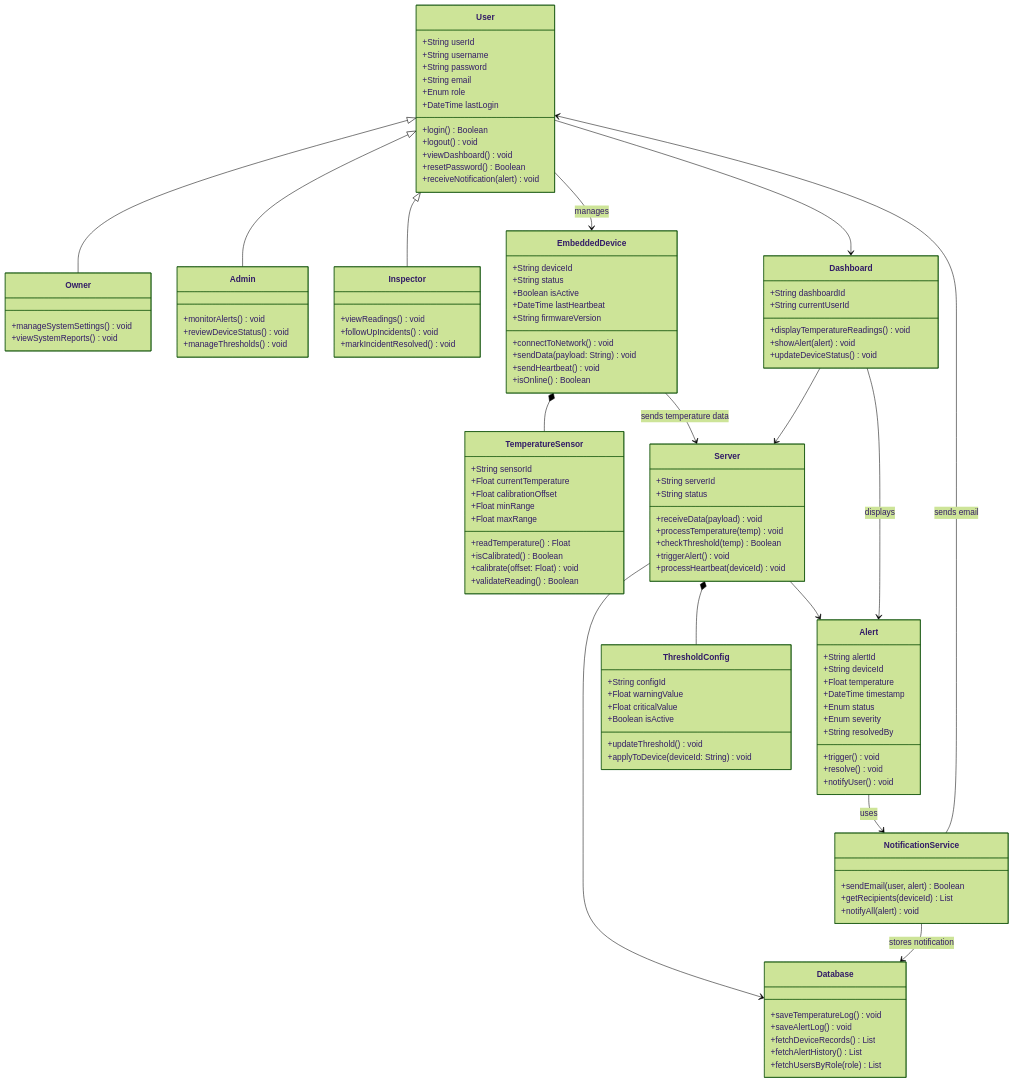
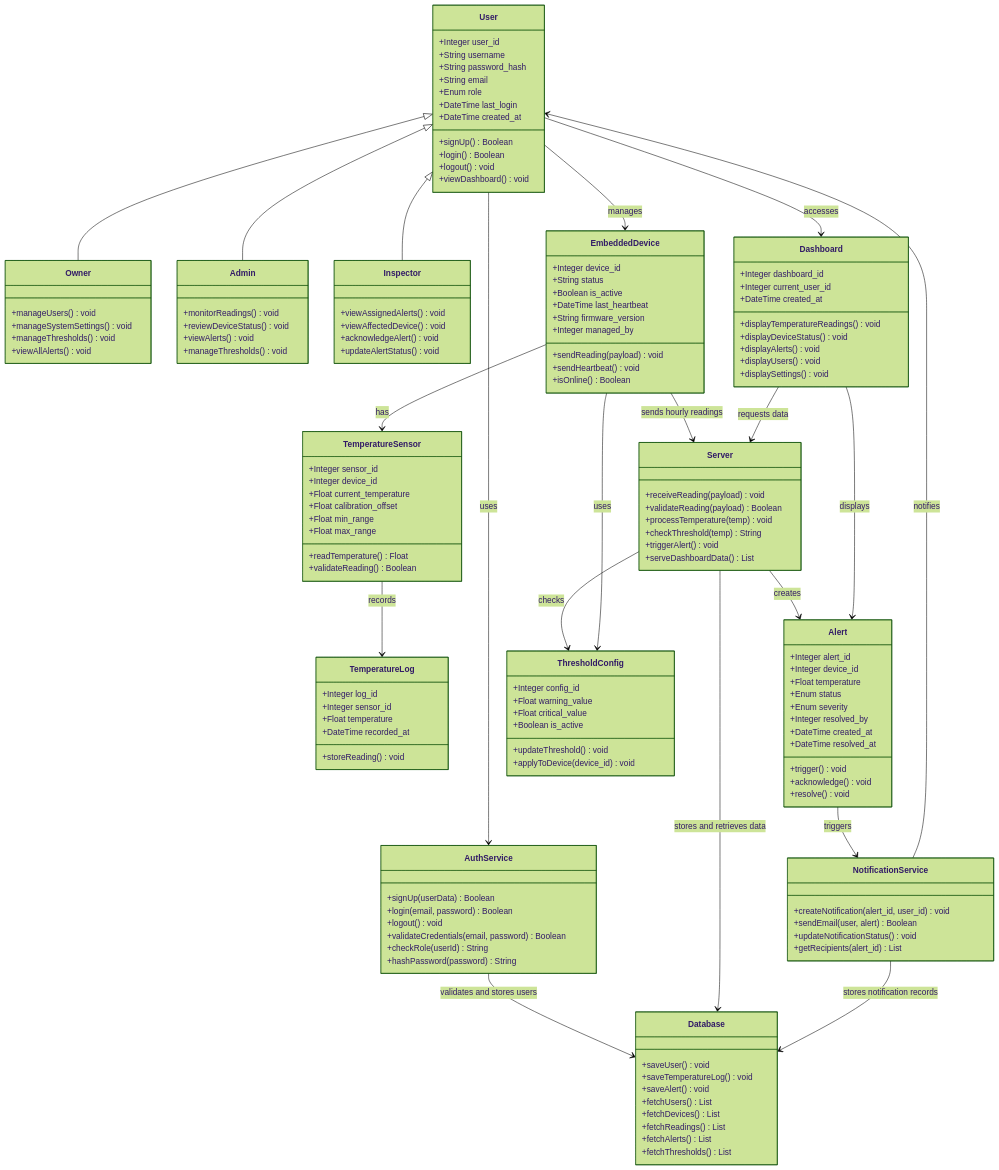
The second of 9 diagrams in Stage 3/Technical Documentation.md (rabea14180-max/Portfolio-Project), drawn with Mermaid (forest theme) before and after one commit. The commit also changed other lines of this file, not shown here.

````diff
--- a/Stage 3/Technical Documentation.md
+++ b/Stage 3/Technical Documentation.md
@@ -530,132 +620,165 @@
 ```mermaid
 classDiagram
     class User {
-        +String userId
+        +Integer user_id
         +String username
-        +String password
+        +String password_hash
         +String email
         +Enum role
-        +DateTime lastLogin
+        +DateTime last_login
+        +DateTime created_at
+        +signUp() Boolean
         +login() Boolean
         +logout() void
         +viewDashboard() void
-        +resetPassword() Boolean
-        +receiveNotification(alert) void
     }
 
     class Owner {
+        +manageUsers() void
         +manageSystemSettings() void
-        +viewSystemReports() void
+        +manageThresholds() void
+        +viewAllAlerts() void
     }
 
     class Admin {
-        +monitorAlerts() void
+        +monitorReadings() void
         +reviewDeviceStatus() void
+        +viewAlerts() void
         +manageThresholds() void
     }
 
     class Inspector {
-        +viewReadings() void
-        +followUpIncidents() void
-        +markIncidentResolved() void
+        +viewAssignedAlerts() void
+        +viewAffectedDevice() void
+        +acknowledgeAlert() void
+        +updateAlertStatus() void
+    }
+
+    class AuthService {
+        +signUp(userData) Boolean
+        +login(email, password) Boolean
+        +logout() void
+        +validateCredentials(email, password) Boolean
+        +checkRole(userId) String
+        +hashPassword(password) String
     }
 
     class EmbeddedDevice {
-        +String deviceId
+        +Integer device_id
         +String status
-        +Boolean isActive
-        +DateTime lastHeartbeat
-        +String firmwareVersion
-        +connectToNetwork() void
-        +sendData(payload: String) void
+        +Boolean is_active
+        +DateTime last_heartbeat
+        +String firmware_version
+        +Integer managed_by
+        +sendReading(payload) void
         +sendHeartbeat() void
         +isOnline() Boolean
     }
 
     class TemperatureSensor {
-        +String sensorId
-        +Float currentTemperature
-        +Float calibrationOffset
-        +Float minRange
-        +Float maxRange
+        +Integer sensor_id
+        +Integer device_id
+        +Float current_temperature
+        +Float calibration_offset
+        +Float min_range
+        +Float max_range
         +readTemperature() Float
-        +isCalibrated() Boolean
-        +calibrate(offset: Float) void
         +validateReading() Boolean
     }
 
+    class TemperatureLog {
+        +Integer log_id
+        +Integer sensor_id
+        +Float temperature
+        +DateTime recorded_at
+        +storeReading() void
+    }
+
     class Server {
-        +String serverId
-        +String status
-        +receiveData(payload) void
+        +receiveReading(payload) void
+        +validateReading(payload) Boolean
         +processTemperature(temp) void
-        +checkThreshold(temp) Boolean
+        +checkThreshold(temp) String
         +triggerAlert() void
-        +processHeartbeat(deviceId) void
+        +serveDashboardData() List
     }
 
     class Database {
+        +saveUser() void
         +saveTemperatureLog() void
-        +saveAlertLog() void
-        +fetchDeviceRecords() List
-        +fetchAlertHistory() List
-        +fetchUsersByRole(role) List
+        +saveAlert() void
+        +fetchUsers() List
+        +fetchDevices() List
+        +fetchReadings() List
+        +fetchAlerts() List
+        +fetchThresholds() List
     }
 
     class Alert {
-        +String alertId
-        +String deviceId
+        +Integer alert_id
+        +Integer device_id
         +Float temperature
-        +DateTime timestamp
         +Enum status
         +Enum severity
-        +String resolvedBy
+        +Integer resolved_by
+        +DateTime created_at
+        +DateTime resolved_at
         +trigger() void
+        +acknowledge() void
         +resolve() void
-        +notifyUser() void
     }
 
     class Dashboard {
-        +String dashboardId
-        +String currentUserId
+        +Integer dashboard_id
+        +Integer current_user_id
+        +DateTime created_at
         +displayTemperatureReadings() void
-        +showAlert(alert) void
-        +updateDeviceStatus() void
+        +displayDeviceStatus() void
+        +displayAlerts() void
+        +displayUsers() void
+        +displaySettings() void
     }
 
     class ThresholdConfig {
-        +String configId
-        +Float warningValue
-        +Float criticalValue
-        +Boolean isActive
+        +Integer config_id
+        +Float warning_value
+        +Float critical_value
+        +Boolean is_active
         +updateThreshold() void
-        +applyToDevice(deviceId: String) void
+        +applyToDevice(device_id) void
     }
 
     class NotificationService {
+        +createNotification(alert_id, user_id) void
         +sendEmail(user, alert) Boolean
-        +getRecipients(deviceId) List
-        +notifyAll(alert) void
+        +updateNotificationStatus() void
+        +getRecipients(alert_id) List
     }
 
     User <|-- Owner
     User <|-- Admin
     User <|-- Inspector
 
+    User --> AuthService : uses
+    AuthService --> Database : validates and stores users
+
+    User --> Dashboard : accesses
     User --> EmbeddedDevice : manages
 
-    EmbeddedDevice *-- TemperatureSensor
-    EmbeddedDevice --> Server : sends temperature data
+    EmbeddedDevice --> TemperatureSensor : has
+    TemperatureSensor --> TemperatureLog : records
 
-    Server *-- ThresholdConfig
-    Server --> Database
-    Server --> Alert
+    EmbeddedDevice --> Server : sends hourly readings
+    Server --> Database : stores and retrieves data
+    Server --> ThresholdConfig : checks
+    Server --> Alert : creates
 
-    Dashboard --> Server
+    Dashboard --> Server : requests data
     Dashboard --> Alert : displays
-    User --> Dashboard
 
-    Alert --> NotificationService : uses
-    NotificationService --> User : sends email
-    NotificationService --> Database : stores notification
+    Alert --> NotificationService : triggers
+    NotificationService --> User : notifies
+    NotificationService --> Database : stores notification records
+
+    EmbeddedDevice --> ThresholdConfig : uses
 ```
````
